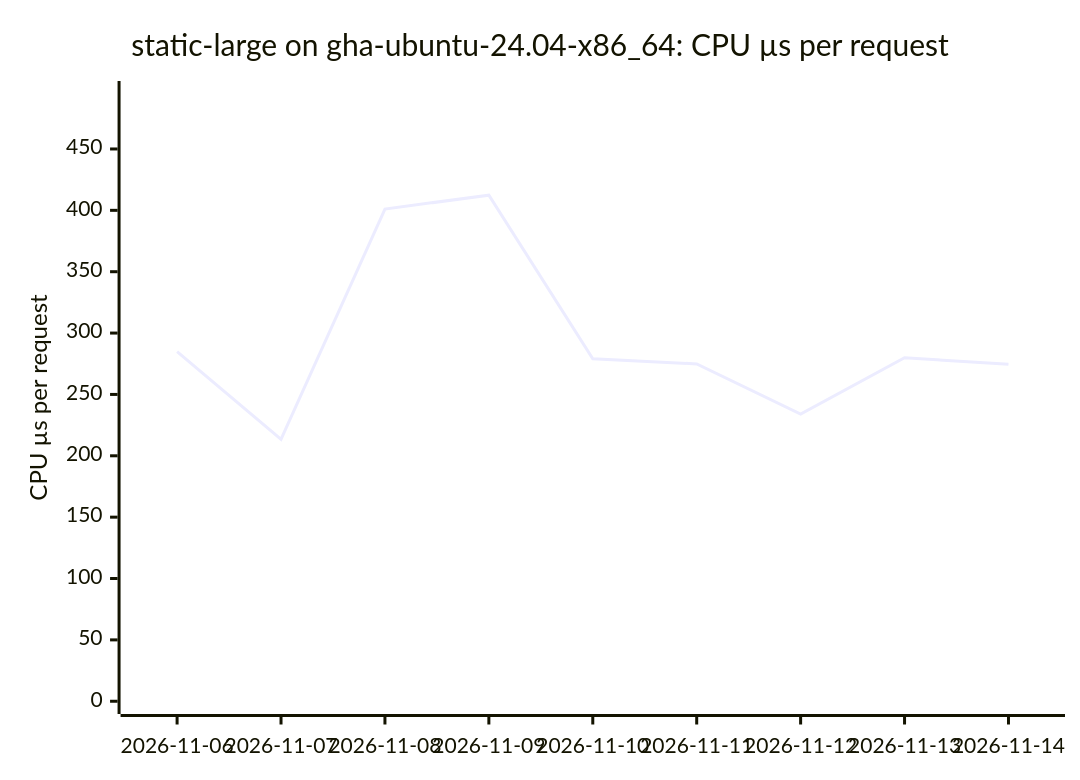
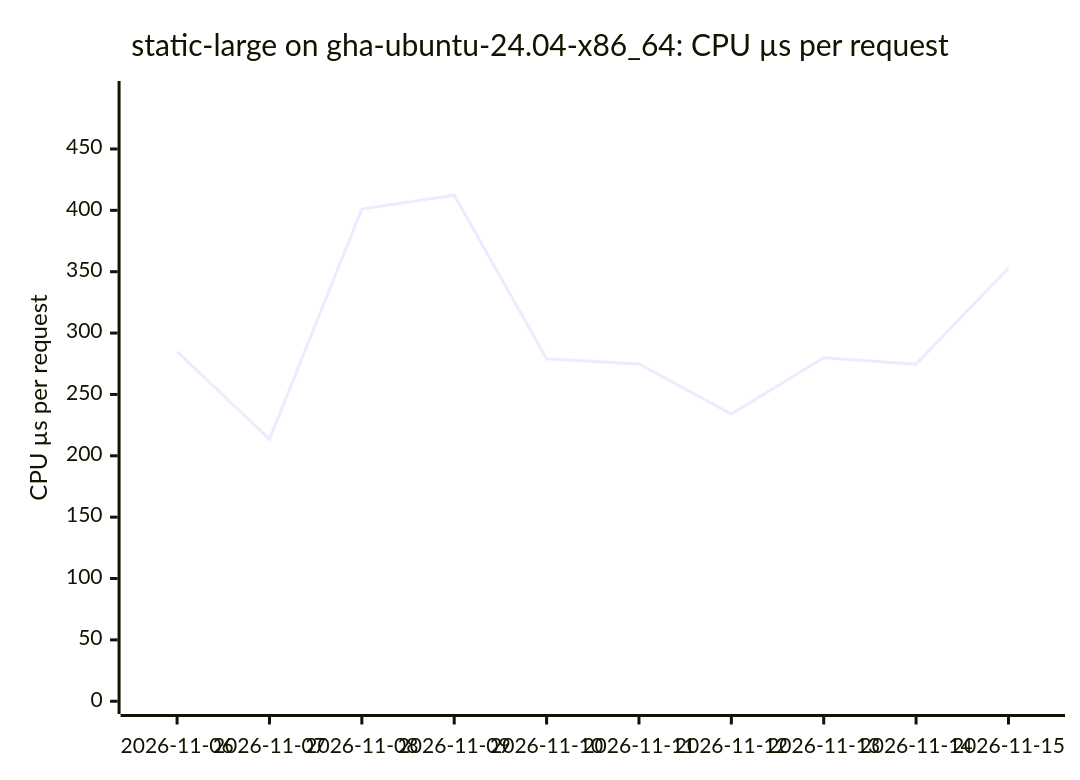
The second of 18 diagrams in BENCHMARKS.md (ThePixelPilgrim/durchlauferhitzer), drawn with Mermaid before and after one commit. The commit also changed other lines of this file and 1 other file, not shown here.

````diff
--- a/BENCHMARKS.md
+++ b/BENCHMARKS.md
@@ -36,7 +36,7 @@
 ```mermaid
 xychart-beta
   title "static-large on gha-ubuntu-24.04-x86_64: CPU µs per request"
-  x-axis ["2026-11-06", "2026-11-07", "2026-11-08", "2026-11-09", "2026-11-10", "2026-11-11", "2026-11-12", "2026-11-13", "2026-11-14"]
+  x-axis ["2026-11-06", "2026-11-07", "2026-11-08", "2026-11-09", "2026-11-10", "2026-11-11", "2026-11-12", "2026-11-13", "2026-11-14", "2026-11-15"]
   y-axis "CPU µs per request" 0 --> 495
-  line [284.94, 213.45, 401.07, 412.38, 279.07, 274.87, 234.03, 279.86, 274.69]
+  line [284.94, 213.45, 401.07, 412.38, 279.07, 274.87, 234.03, 279.86, 274.69, 353.06]
 ```
````
